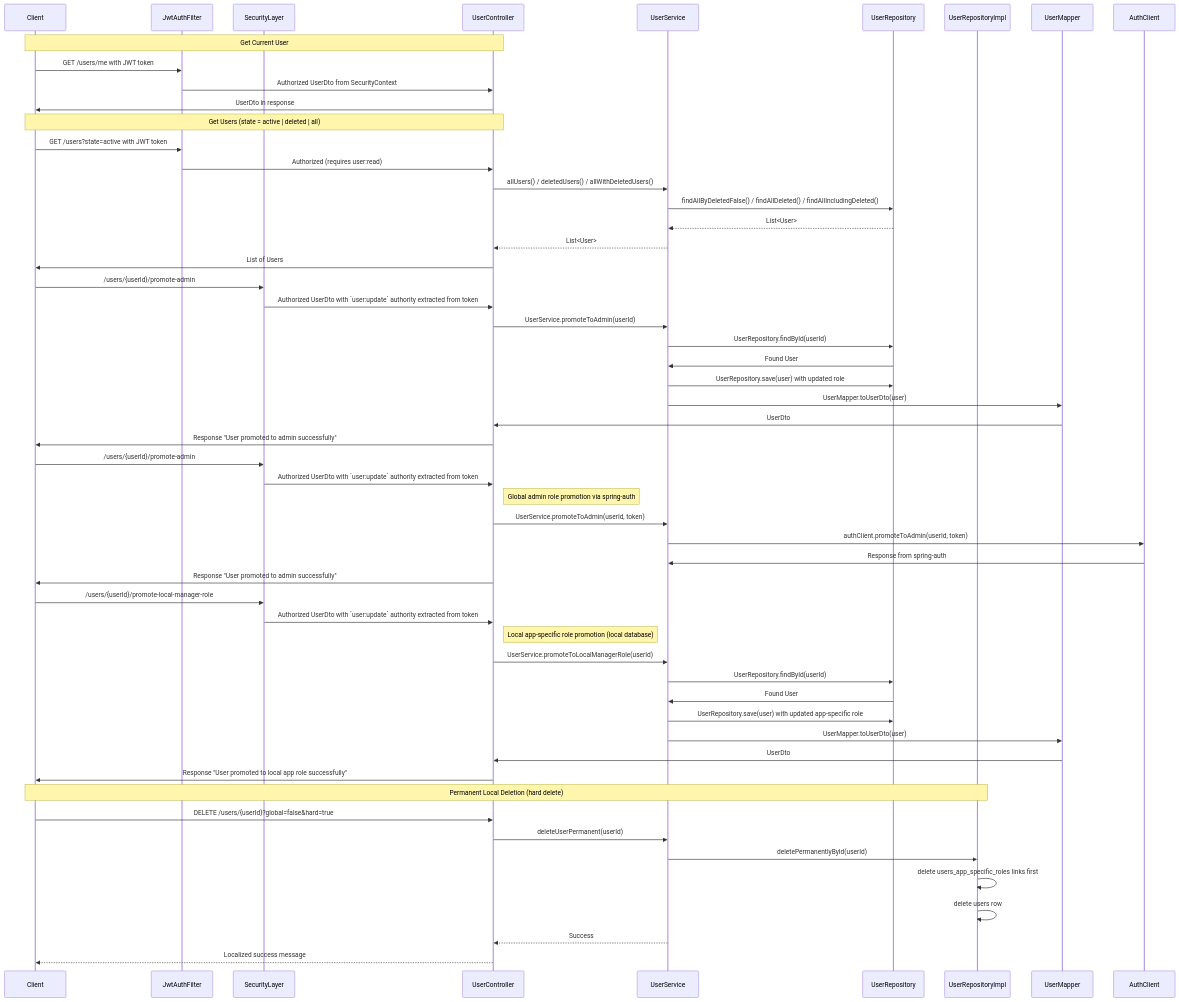
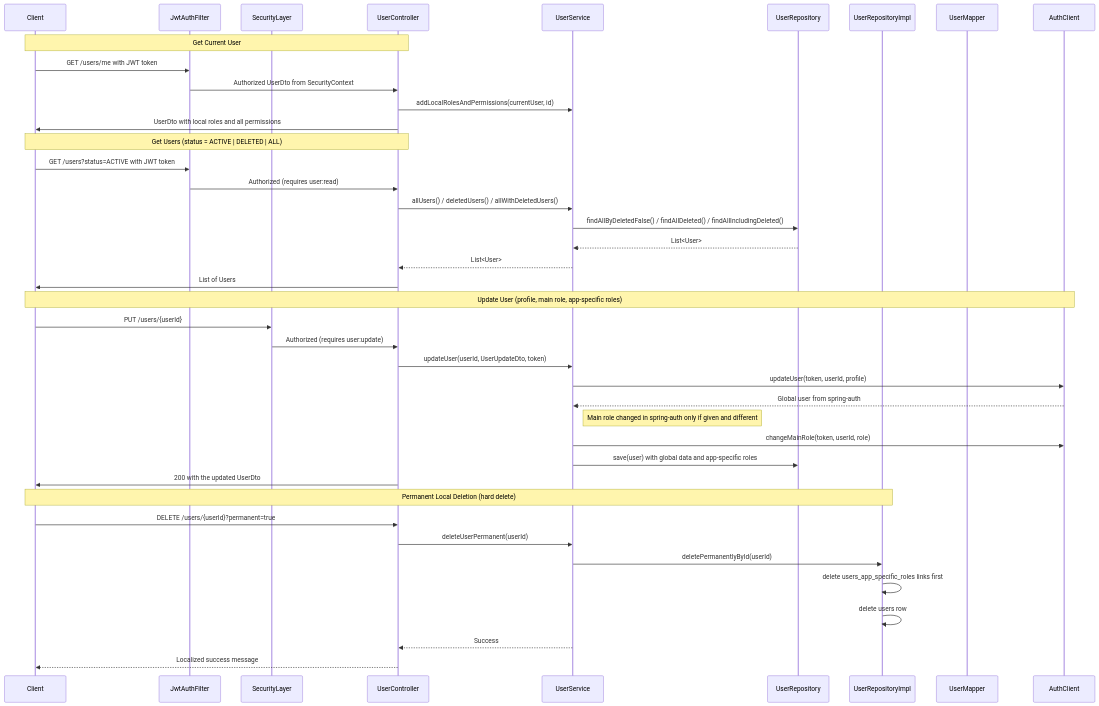
The sixth of 8 diagrams in docs/process-documentation.md (OrifInformatique/template_frontback), drawn with Mermaid before and after one commit. The commit also changed 12 other files, not shown here.

First line of the commit message:
refactor(users): REST endpoints aligned with spring-auth

````diff
--- a/docs/process-documentation.md
+++ b/docs/process-documentation.md
@@ -306,62 +306,46 @@
 ```mermaid
 sequenceDiagram
     participant Client
     participant JwtAuthFilter
     participant SecurityLayer
     participant UserController
     participant UserService
     participant UserRepository
     participant UserRepositoryImpl
     participant UserMapper
 
     Note over Client,UserController: Get Current User
     Client->>JwtAuthFilter: GET /users/me with JWT token
     JwtAuthFilter->>UserController: Authorized UserDto from SecurityContext
-    UserController->>Client: UserDto in response
+    UserController->>UserService: addLocalRolesAndPermissions(currentUser, id)
+    UserController->>Client: UserDto with local roles and all permissions
 
-    Note over Client,UserController: Get Users (state = active | deleted | all)
-    Client->>JwtAuthFilter: GET /users?state=active with JWT token
+    Note over Client,UserController: Get Users (status = ACTIVE | DELETED | ALL)
+    Client->>JwtAuthFilter: GET /users?status=ACTIVE with JWT token
     JwtAuthFilter->>UserController: Authorized (requires user:read)
     UserController->>UserService: allUsers() / deletedUsers() / allWithDeletedUsers()
     UserService->>UserRepository: findAllByDeletedFalse() / findAllDeleted() / findAllIncludingDeleted()
     UserRepository-->>UserService: List<User>
     UserService-->>UserController: List<User>
     UserController->>Client: List of Users
 
-    Client->>SecurityLayer: /users/{userId}/promote-admin
-    SecurityLayer->>UserController: Authorized UserDto with `user:update` authority extracted from token
-    UserController->>UserService: UserService.promoteToAdmin(userId)
-    UserService->>UserRepository: UserRepository.findById(userId)
-    UserRepository->>UserService: Found User
-    UserService->>UserRepository: UserRepository.save(user) with updated role
-    UserService->>UserMapper: UserMapper.toUserDto(user)
-    UserMapper->>UserController: UserDto
-    UserController->>Client: Response "User promoted to admin successfully"
-    Client->>SecurityLayer: /users/{userId}/promote-admin
-    SecurityLayer->>UserController: Authorized UserDto with `user:update` authority extracted from token
-    note right of UserController: Global admin role promotion via spring-auth
-    UserController->>UserService: UserService.promoteToAdmin(userId, token)
-    UserService->>AuthClient: authClient.promoteToAdmin(userId, token)
-    AuthClient->>UserService: Response from spring-auth
-    UserController->>Client: Response "User promoted to admin successfully"
-
-    Client->>SecurityLayer: /users/{userId}/promote-local-manager-role
-    SecurityLayer->>UserController: Authorized UserDto with `user:update` authority extracted from token
-    note right of UserController: Local app-specific role promotion (local database)
-    UserController->>UserService: UserService.promoteToLocalManagerRole(userId)
-    UserService->>UserRepository: UserRepository.findById(userId)
-    UserRepository->>UserService: Found User
-    UserService->>UserRepository: UserRepository.save(user) with updated app-specific role
-    UserService->>UserMapper: UserMapper.toUserDto(user)
-    UserMapper->>UserController: UserDto
-    UserController->>Client: Response "User promoted to local app role successfully"
+    Note over Client,AuthClient: Update User (profile, main role, app-specific roles)
+    Client->>SecurityLayer: PUT /users/{userId}
+    SecurityLayer->>UserController: Authorized (requires user:update)
+    UserController->>UserService: updateUser(userId, UserUpdateDto, token)
+    UserService->>AuthClient: updateUser(token, userId, profile)
+    AuthClient-->>UserService: Global user from spring-auth
+    note right of UserService: Main role changed in spring-auth only if given and different
+    UserService->>AuthClient: changeMainRole(token, userId, role)
+    UserService->>UserRepository: save(user) with global data and app-specific roles
+    UserController->>Client: 200 with the updated UserDto
 
     Note over Client,UserRepositoryImpl: Permanent Local Deletion (hard delete)
-    Client->>UserController: DELETE /users/{userId}?global=false&hard=true
+    Client->>UserController: DELETE /users/{userId}?permanent=true
     UserController->>UserService: deleteUserPermanent(userId)
     UserService->>UserRepositoryImpl: deletePermanentlyById(userId)
     UserRepositoryImpl->>UserRepositoryImpl: delete users_app_specific_roles links first
     UserRepositoryImpl->>UserRepositoryImpl: delete users row
     UserService-->>UserController: Success
     UserController-->>Client: Localized success message
 ```
````
